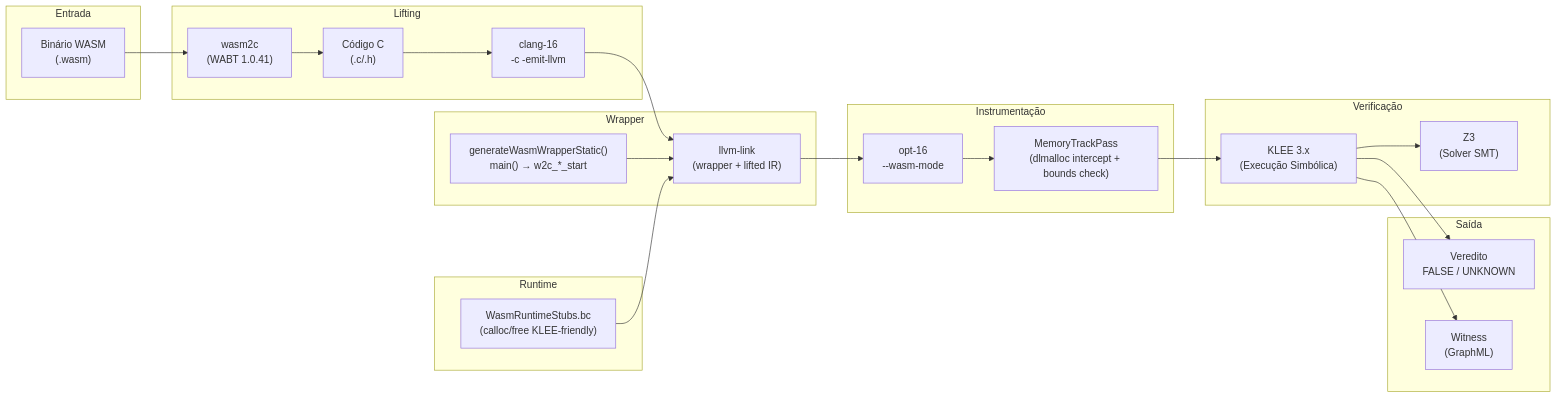
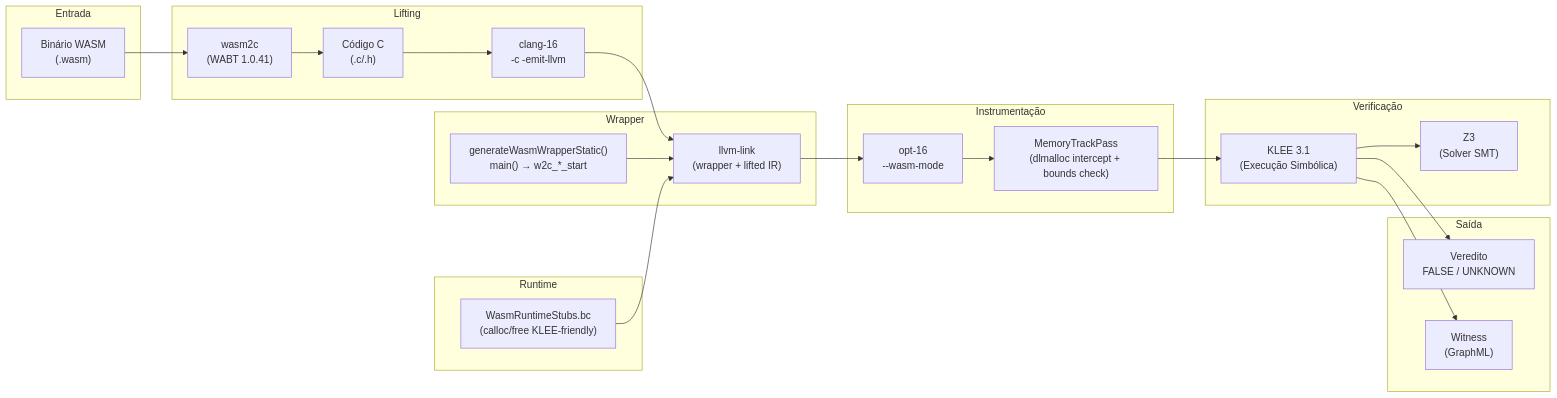
One commit to hbgit/Map2Check changed the diagram in docs/paper-sbseg-2026/sbseg-article/img/fig6-wasm-pipeline.mmd. Above: the diagram before and after it, drawn with Mermaid. The commit also changed 19 other files, not shown here.

````diff
--- a/docs/paper-sbseg-2026/sbseg-article/img/fig6-wasm-pipeline.mmd
+++ b/docs/paper-sbseg-2026/sbseg-article/img/fig6-wasm-pipeline.mmd
@@ -3,43 +3,43 @@
 ```mermaid
 flowchart LR
     subgraph Entrada
         A["Binário WASM\n(.wasm)"]
     end
 
     subgraph Lifting
         B["wasm2c\n(WABT 1.0.41)"]
         C["Código C\n(.c/.h)"]
         D["clang-16\n-c -emit-llvm"]
     end
 
     subgraph Wrapper
         E["generateWasmWrapperStatic()\nmain() → w2c_*_start"]
         F["llvm-link\n(wrapper + lifted IR)"]
     end
 
     subgraph Runtime
         G["WasmRuntimeStubs.bc\n(calloc/free KLEE-friendly)"]
     end
 
     subgraph Instrumentação
         H["opt-16\n--wasm-mode"]
         I["MemoryTrackPass\n(dlmalloc intercept + bounds check)"]
     end
 
     subgraph Verificação
-        J["KLEE 3.x\n(Execução Simbólica)"]
+        J["KLEE 3.1\n(Execução Simbólica)"]
         K["Z3\n(Solver SMT)"]
     end
 
     subgraph Saída
         L["Veredito\nFALSE / UNKNOWN"]
         M["Witness\n(GraphML)"]
     end
 
     A --> B --> C --> D --> F
     E --> F
     G --> F
     F --> H --> I --> J --> L
     J --> K
     J --> M
 ```
````
